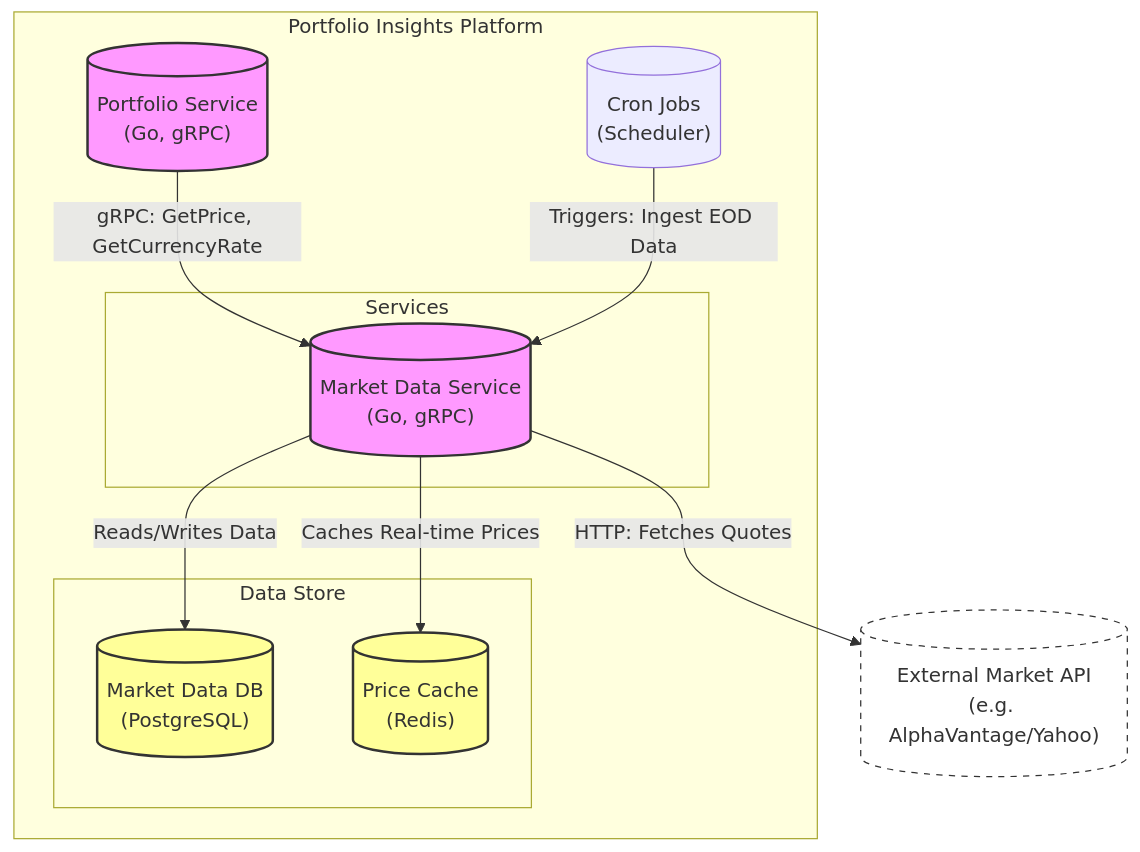
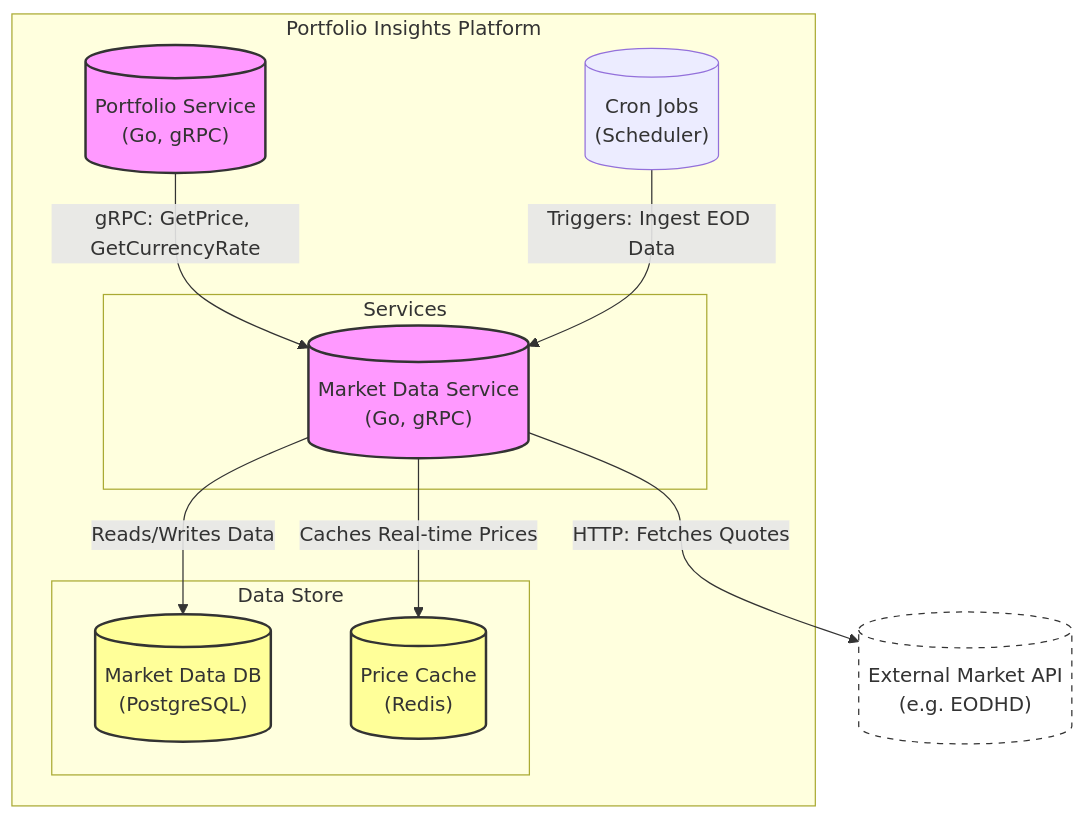
The first of 2 diagrams in services/marketdata-service/SYSTEM_DESIGN.md (garcios/portfolio-insights), drawn with Mermaid before and after one commit. The commit also changed other lines of this file and 3 other files, not shown here.

Commit message:
refactor: Update database schemas and external API provider in system design documents.

````diff
--- a/services/marketdata-service/SYSTEM_DESIGN.md
+++ b/services/marketdata-service/SYSTEM_DESIGN.md
@@ -11,38 +11,38 @@
 ```mermaid
 graph TD
     %% Subgraph Context
     subgraph "Portfolio Insights Platform"
         portfolio[("Portfolio Service<br/>(Go, gRPC)")]
         
         subgraph "Services"
             market[("Market Data Service<br/>(Go, gRPC)")]
         end
         
         subgraph "Data Store"
             db[("Market Data DB<br/>(PostgreSQL)")]
             redis[("Price Cache<br/>(Redis)")]
         end
         
         cron[("Cron Jobs<br/>(Scheduler)")]
     end
     
-    external_api[("External Market API<br/>(e.g. AlphaVantage/Yahoo)")]
+    external_api[("External Market API<br/>(e.g. EODHD)")]
     
     %% Relationships
     portfolio -->|gRPC: GetPrice, GetCurrencyRate| market
     
     market -->|Reads/Writes Data| db
     market -->|Caches Real-time Prices| redis
     
     cron -->|Triggers: Ingest EOD Data| market
     market -->|HTTP: Fetches Quotes| external_api
     
     %% Styling
     classDef service fill:#f9f,stroke:#333,stroke-width:2px;
     classDef db fill:#ff9,stroke:#333,stroke-width:2px;
     classDef external fill:#fff,stroke:#333,stroke-dasharray: 5 5;
     
     class portfolio,market service;
     class db,redis db;
     class external_api external;
 ```
````
